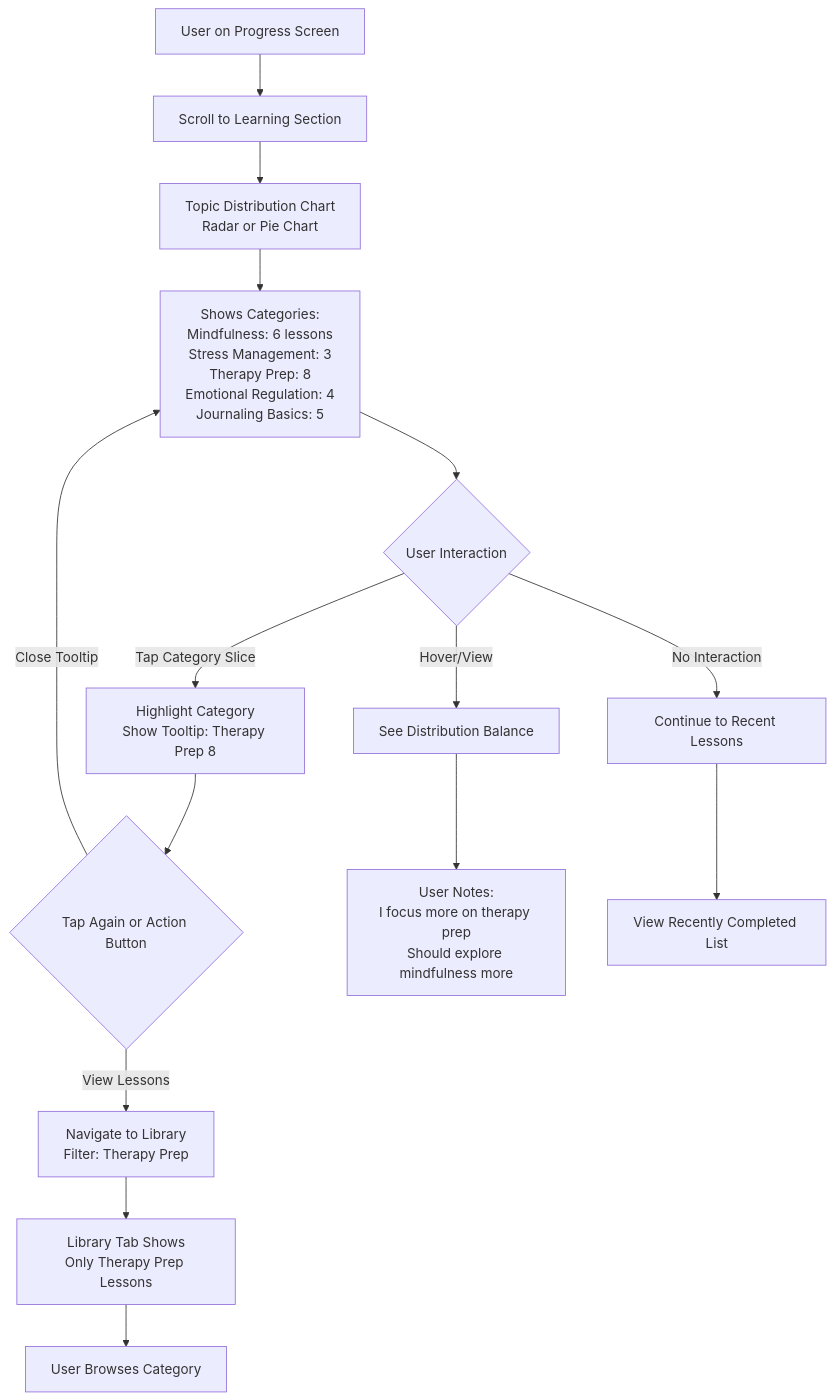
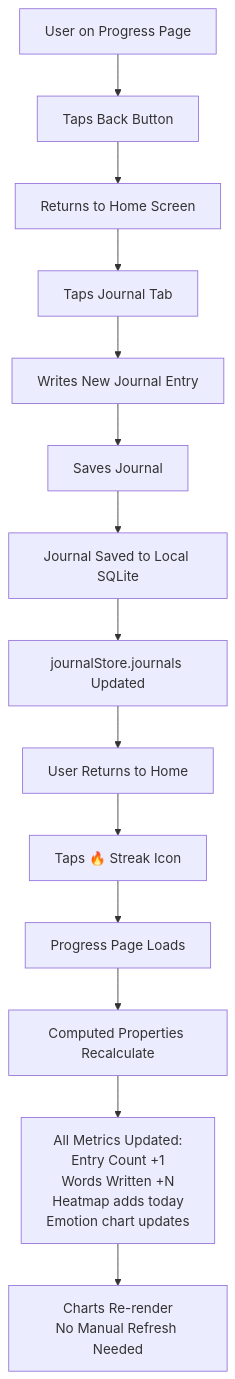
Before and after one commit to Nhatdien/tranquara_frontend: the fifth of 6 diagrams in feature-design/07. Progress/01-PROGRESS-FLOWS.md, drawn with Mermaid. The commit also changed other lines of this file and 9 other files, not shown here.

````diff
--- a/feature-design/07. Progress/01-PROGRESS-FLOWS.md
+++ b/feature-design/07. Progress/01-PROGRESS-FLOWS.md
@@ -275,23 +116,20 @@
 ```mermaid
 flowchart TD
-    A[User on Progress Screen] --> B[Scroll to Learning Section]
-    B --> C[Topic Distribution Chart<br/>Radar or Pie Chart]
+    A[User on Progress Page] --> B[Taps Back Button]
+    B --> C[Returns to Home Screen]
+    C --> D[Taps Journal Tab]
+    D --> E[Writes New Journal Entry]
+    E --> F[Saves Journal]
     
-    C --> D[Shows Categories:<br/>Mindfulness: 6 lessons<br/>Stress Management: 3<br/>Therapy Prep: 8<br/>Emotional Regulation: 4<br/>Journaling Basics: 5]
+    F --> G[Journal Saved to Local SQLite]
+    G --> H[journalStore.journals Updated]
     
-    D --> E{User Interaction}
-    E -->|Tap Category Slice| F[Highlight Category<br/>Show Tooltip: Therapy Prep 8]
-    E -->|Hover/View| G[See Distribution Balance]
-    E -->|No Interaction| H[Continue to Recent Lessons]
+    H --> I[User Returns to Home]
+    I --> J[Taps 🔥 Streak Icon]
+    J --> K[Progress Page Loads]
     
-    F --> I{Tap Again or Action Button}
-    I -->|View Lessons| J[Navigate to Library<br/>Filter: Therapy Prep]
-    I -->|Close Tooltip| D
+    K --> L[Computed Properties Recalculate]
+    L --> M[All Metrics Updated:<br/>Entry Count +1<br/>Words Written +N<br/>Heatmap adds today<br/>Emotion chart updates]
     
-    J --> K[Library Tab Shows<br/>Only Therapy Prep Lessons]
-    K --> L[User Browses Category]
-    
-    G --> M[User Notes:<br/>I focus more on therapy prep<br/>Should explore mindfulness more]
-    
-    H --> N[View Recently Completed List]
+    M --> N[Charts Re-render<br/>No Manual Refresh Needed]
 ```
````
